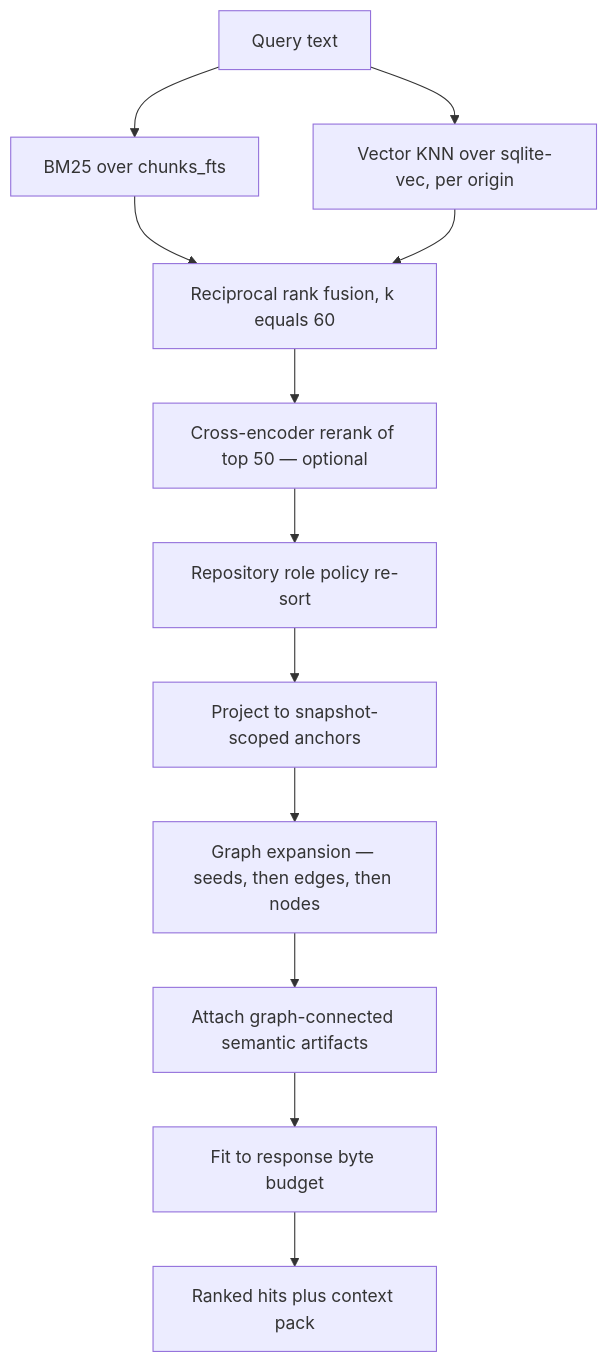
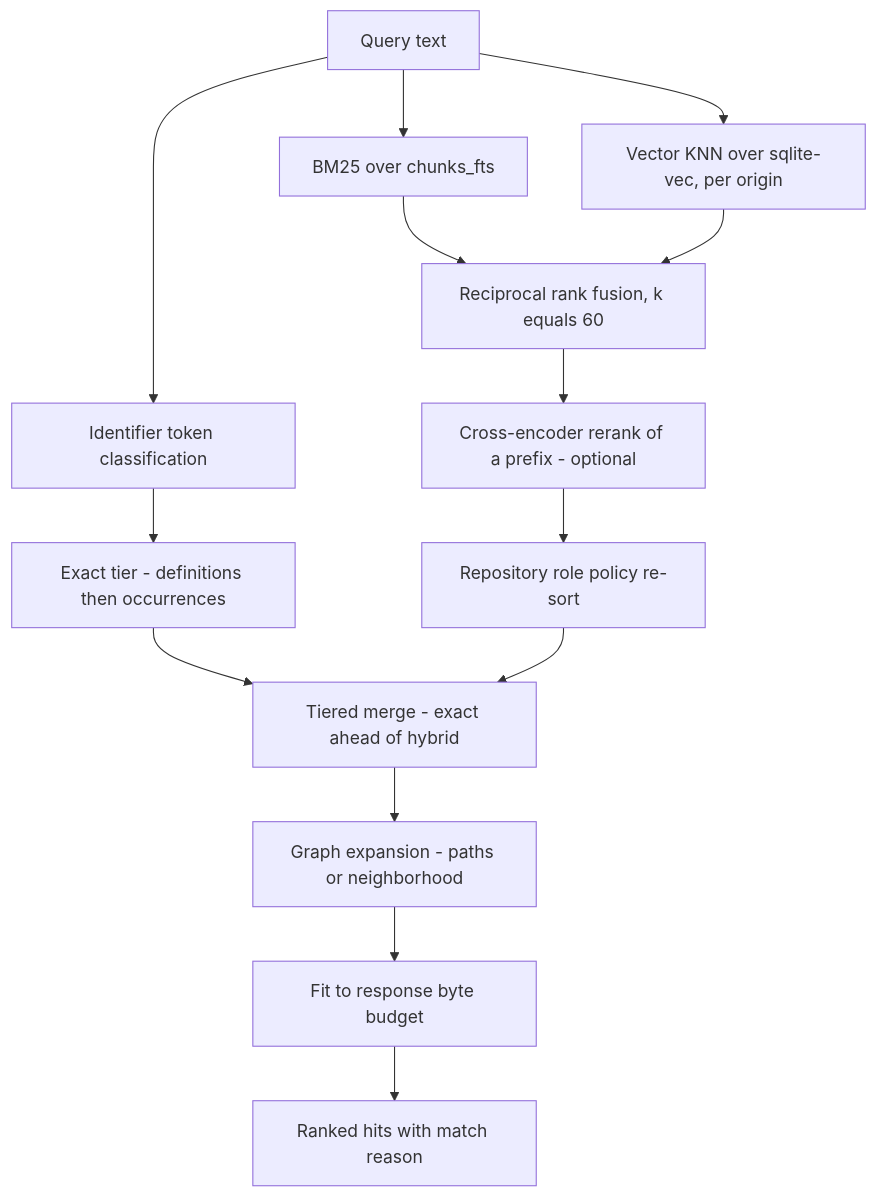
One commit to iantocristian/jscout changed the third of 3 diagrams in docs/codebase-analysis/01-system-overview.md. Above: the diagram before and after it, drawn with Mermaid. The commit also changed other lines of this file and 28 other files, not shown here.

````diff
--- a/docs/codebase-analysis/01-system-overview.md
+++ b/docs/codebase-analysis/01-system-overview.md
@@ -110,18 +105,21 @@
 ```mermaid
 flowchart TD
     Q["Query text"]
+    TOK["Identifier token classification"]
+    EX["Exact tier - definitions then occurrences"]
     BM["BM25 over chunks_fts"]
     VEC["Vector KNN over sqlite-vec, per origin"]
     RRF["Reciprocal rank fusion, k equals 60"]
-    RR["Cross-encoder rerank of top 50 — optional"]
+    RR["Cross-encoder rerank of a prefix - optional"]
     POL["Repository role policy re-sort"]
-    ANCH["Project to snapshot-scoped anchors"]
-    EXP["Graph expansion — seeds, then edges, then nodes"]
-    MEM["Attach graph-connected semantic artifacts"]
+    MERGE["Tiered merge - exact ahead of hybrid"]
+    EXP["Graph expansion - paths or neighborhood"]
     BUD["Fit to response byte budget"]
-    OUT["Ranked hits plus context pack"]
+    OUT["Ranked hits with match reason"]
 
+    Q --> TOK --> EX --> MERGE
     Q --> BM --> RRF
     Q --> VEC --> RRF
-    RRF --> RR --> POL --> ANCH --> EXP --> MEM --> BUD --> OUT
+    RRF --> RR --> POL --> MERGE
+    MERGE --> EXP --> BUD --> OUT
 ```
````
